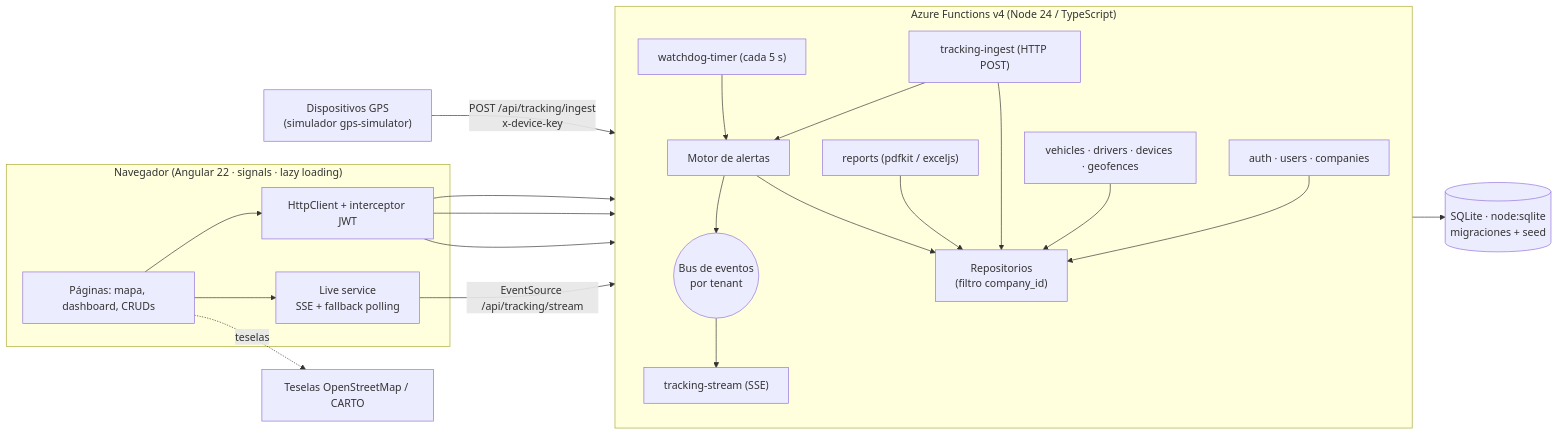
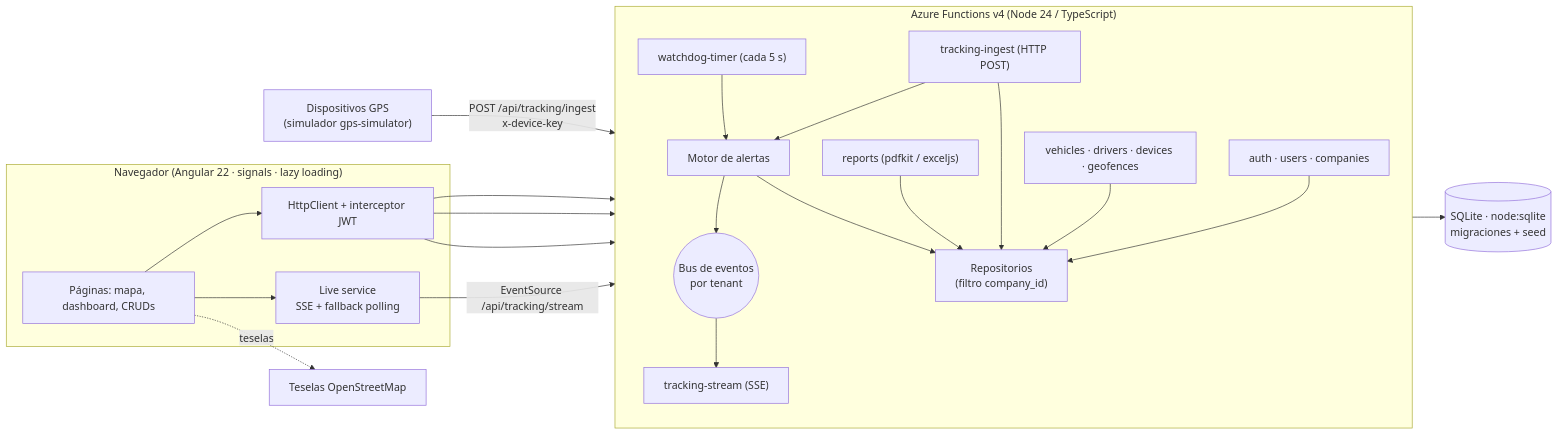
One commit to DuanGomez/WMS changed the first of 3 diagrams in README.md. Above: the diagram before and after it, drawn with Mermaid. The commit also changed other lines of this file and 85 other files, not shown here.

````diff
--- a/README.md
+++ b/README.md
@@ -120,33 +148,33 @@
 ```mermaid
 flowchart LR
   subgraph Cliente["Navegador (Angular 22 · signals · lazy loading)"]
     UI["Páginas: mapa, dashboard, CRUDs"] --> Live["Live service<br/>SSE + fallback polling"]
     UI --> HTTP["HttpClient + interceptor JWT"]
   end
 
   subgraph API["Azure Functions v4 (Node 24 / TypeScript)"]
     direction TB
     Auth["auth · users · companies"]
     Fleet["vehicles · drivers · devices · geofences"]
     Ingest["tracking-ingest (HTTP POST)"]
     Engine["Motor de alertas"]
     Stream["tracking-stream (SSE)"]
     Timer["watchdog-timer (cada 5 s)"]
     Reports["reports (pdfkit / exceljs)"]
     Bus(("Bus de eventos<br/>por tenant"))
     Repo["Repositorios<br/>(filtro company_id)"]
   end
 
   DB[("SQLite · node:sqlite<br/>migraciones + seed")]
   GPS["Dispositivos GPS<br/>(simulador gps-simulator)"]
-  OSM["Teselas OpenStreetMap / CARTO"]
+  OSM["Teselas OpenStreetMap"]
 
   GPS -- "POST /api/tracking/ingest<br/>x-device-key" --> Ingest
   Ingest --> Engine --> Bus
   Timer --> Engine
   Bus --> Stream
   HTTP --> Auth & Fleet & Reports
   Live -- "EventSource /api/tracking/stream" --> Stream
   Auth & Fleet & Ingest & Reports & Engine --> Repo --> DB
   UI -. teselas .-> OSM
 ```
````
